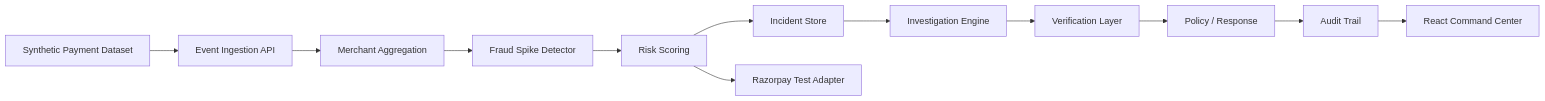
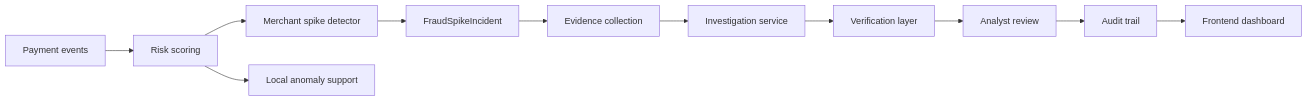
The diagram in docs/architecture.md (GandlaAmulya/FraudSpike-AI), drawn with Mermaid before and after one commit. The commit also changed other lines of this file and 19 other files, not shown here.

Commit message:
feat: add evidence-grounded local ML investigation

````diff
--- a/docs/architecture.md
+++ b/docs/architecture.md
@@ -5,14 +17,13 @@
 ```mermaid
 flowchart LR
-    A[Synthetic Payment Dataset] --> B[Event Ingestion API]
-    B --> C[Merchant Aggregation]
-    C --> D[Fraud Spike Detector]
-    D --> E[Risk Scoring]
-    E --> F[Incident Store]
-    F --> G[Investigation Engine]
-    G --> H[Verification Layer]
-    H --> I[Policy / Response]
-    I --> J[Audit Trail]
-    J --> K[React Command Center]
-    E --> L[Razorpay Test Adapter]
+    A[Payment events] --> B[Risk scoring]
+    B --> C[Merchant spike detector]
+    C --> D[FraudSpikeIncident]
+    D --> E[Evidence collection]
+    E --> F[Investigation service]
+    F --> G[Verification layer]
+    G --> H[Analyst review]
+    H --> I[Audit trail]
+    I --> J[Frontend dashboard]
+    B --> K[Local anomaly support]
 ```
````
